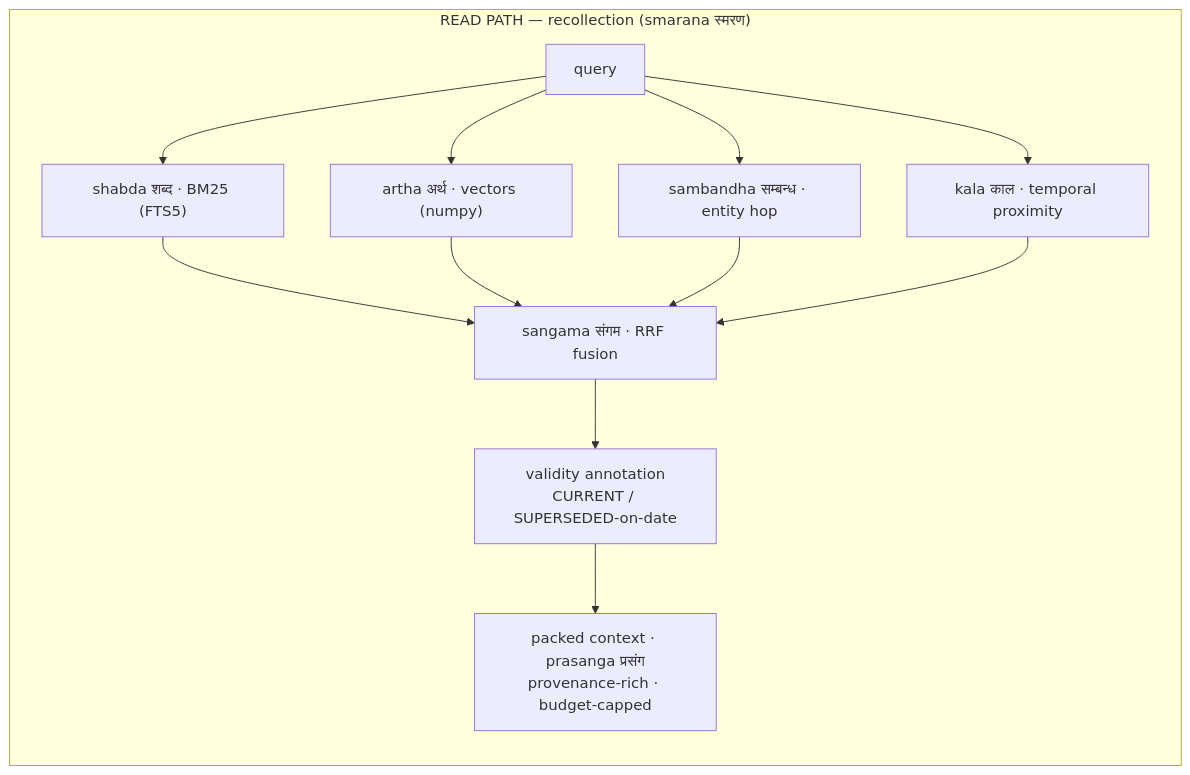
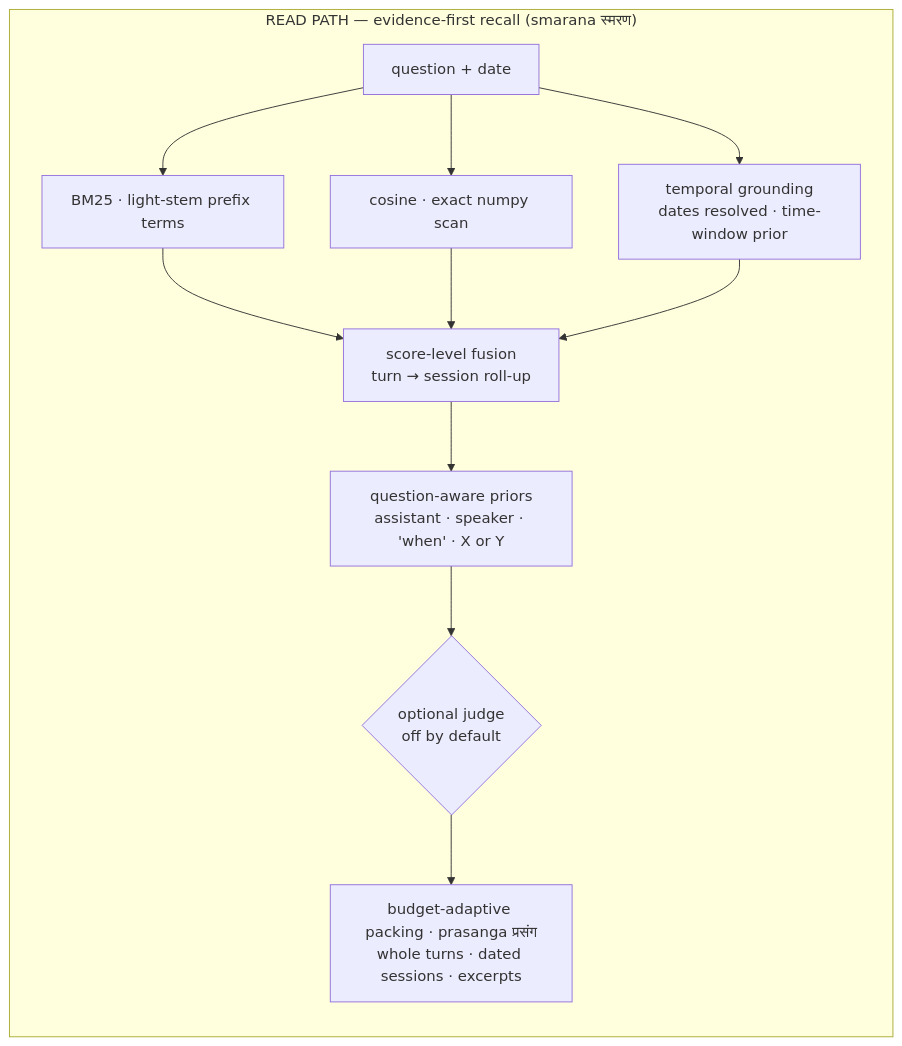
One commit to zqf20096327/dbhub_collect changed the second of 2 diagrams in data/readmes/vn-envy__Smriti.md. Above: the diagram before and after it, drawn with Mermaid. The commit also changed other lines of this file and 377 other files, not shown here.

````diff
--- a/data/readmes/vn-envy__Smriti.md
+++ b/data/readmes/vn-envy__Smriti.md
@@ -227,12 +165,13 @@
 ```mermaid
 flowchart LR
-    subgraph READ ["READ PATH — recollection (smarana स्मरण)"]
-        Q[query] --> C1["shabda शब्द · BM25 (FTS5)"]
-        Q --> C2["artha अर्थ · vectors (numpy)"]
-        Q --> C3["sambandha सम्बन्ध · entity hop"]
-        Q --> C4["kala काल · temporal proximity"]
-        C1 & C2 & C3 & C4 --> R["sangama संगम · RRF fusion"]
-        R --> V["validity annotation<br/>CURRENT / SUPERSEDED-on-date"]
-        V --> P["packed context · prasanga प्रसंग<br/>provenance-rich · budget-capped"]
+    subgraph READ ["READ PATH — evidence-first recall (smarana स्मरण)"]
+        Q["question + date"] --> L["BM25 · light-stem prefix terms"]
+        Q --> V["cosine · exact numpy scan"]
+        L & V --> F["score-level fusion<br/>turn → session roll-up"]
+        Q --> T["temporal grounding<br/>dates resolved · time-window prior"]
+        T --> F
+        F --> P["question-aware priors<br/>assistant · speaker · 'when' · X or Y"]
+        P --> J{"optional judge<br/>off by default"}
+        J --> K["budget-adaptive packing · prasanga प्रसंग<br/>whole turns · dated sessions · excerpts"]
     end
 ```
````
